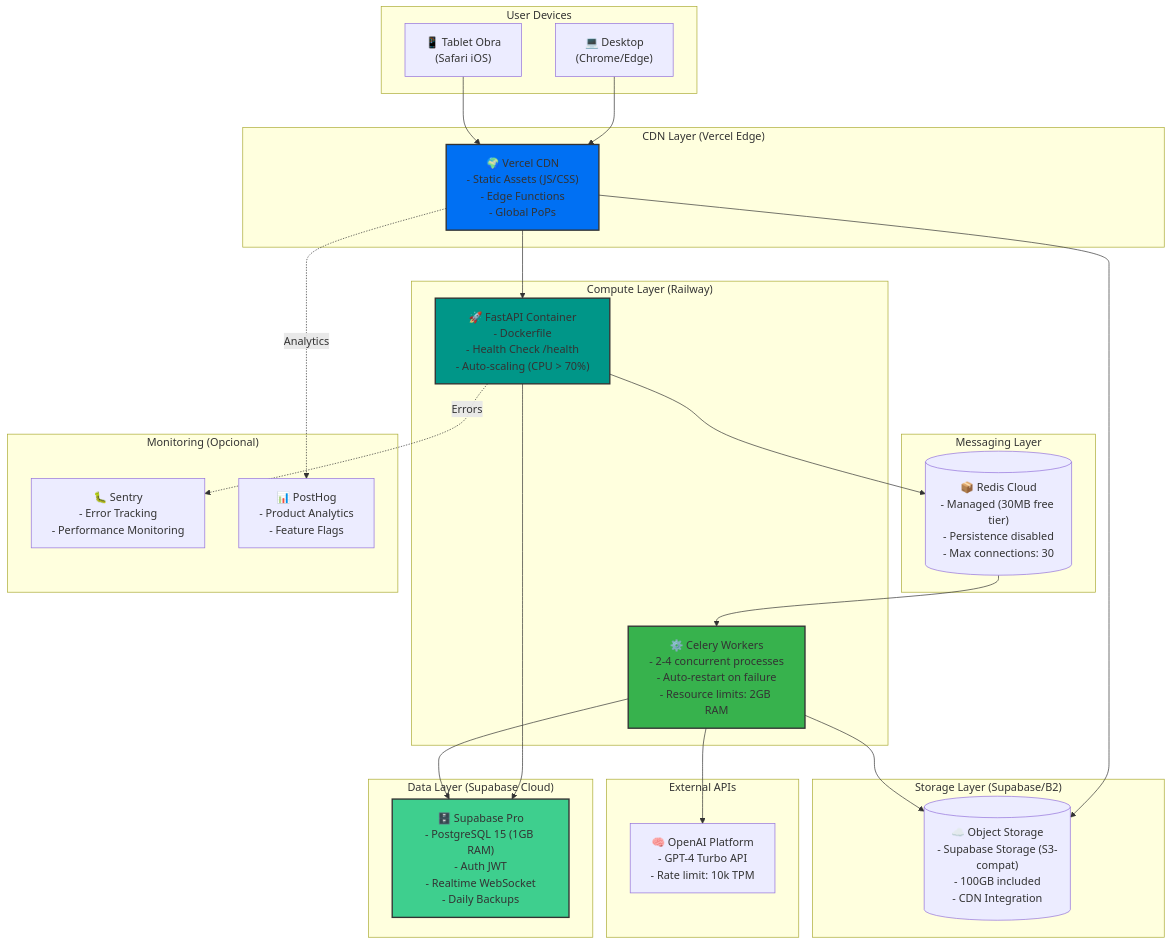
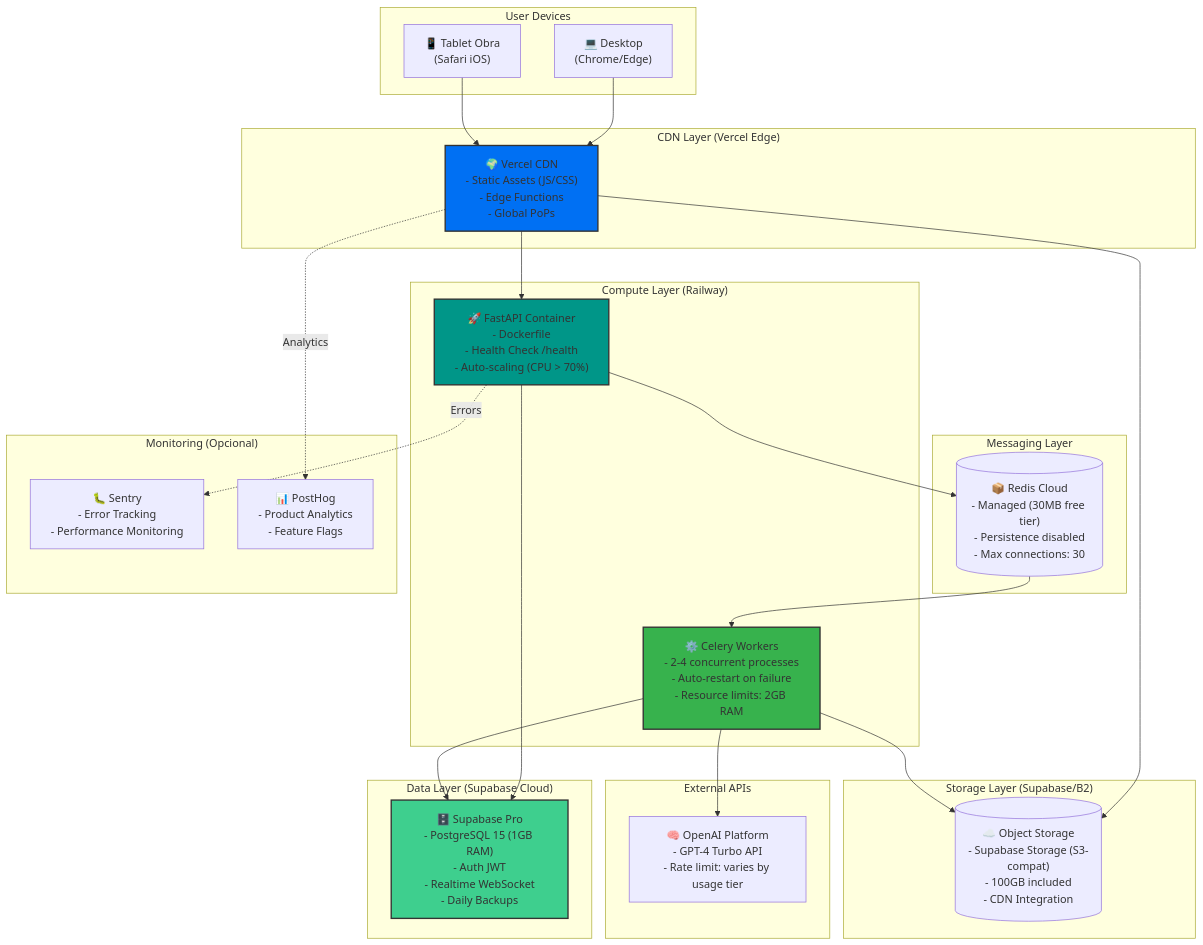
One commit to LIDR-academy/AI4Devs-finalproject changed the third of 3 diagrams in docs/06-architecture.md. Above: the diagram before and after it, drawn with Mermaid. The commit also changed 11 other files, not shown here.

Commit message:
docs: Update file upload flow to use presigned URLs, enhance agent design with testing setup, and refine various documentation and process files.

````diff
--- a/docs/06-architecture.md
+++ b/docs/06-architecture.md
@@ -489,60 +489,60 @@
 ```mermaid
 graph TB
     subgraph "User Devices"
         Desktop["💻 Desktop<br/>(Chrome/Edge)"]
         Tablet["📱 Tablet Obra<br/>(Safari iOS)"]
     end
     
     subgraph "CDN Layer (Vercel Edge)"
         CDN["🌍 Vercel CDN<br/>- Static Assets (JS/CSS)<br/>- Edge Functions<br/>- Global PoPs"]
     end
     
     subgraph "Compute Layer (Railway)"
         APIServer["🚀 FastAPI Container<br/>- Dockerfile<br/>- Health Check /health<br/>- Auto-scaling (CPU > 70%)"]
         
         WorkerPool["⚙️ Celery Workers<br/>- 2-4 concurrent processes<br/>- Auto-restart on failure<br/>- Resource limits: 2GB RAM"]
     end
     
     subgraph "Messaging Layer"
         RedisCloud[("📦 Redis Cloud<br/>- Managed (30MB free tier)<br/>- Persistence disabled<br/>- Max connections: 30")]
     end
     
     subgraph "Data Layer (Supabase Cloud)"
         SupabaseStack["🗄️ Supabase Pro<br/>- PostgreSQL 15 (1GB RAM)<br/>- Auth JWT<br/>- Realtime WebSocket<br/>- Daily Backups"]
     end
     
     subgraph "Storage Layer (Supabase/B2)"
         ObjectStorage[("☁️ Object Storage<br/>- Supabase Storage (S3-compat)<br/>- 100GB included<br/>- CDN Integration")]
     end
     
     subgraph "External APIs"
-        OpenAIService["🧠 OpenAI Platform<br/>- GPT-4 Turbo API<br/>- Rate limit: 10k TPM"]
+        OpenAIService["🧠 OpenAI Platform<br/>- GPT-4 Turbo API<br/>- Rate limit: varies by usage tier"]
     end
     
     subgraph "Monitoring (Opcional)"
         Sentry["🐛 Sentry<br/>- Error Tracking<br/>- Performance Monitoring"]
         Posthog["📊 PostHog<br/>- Product Analytics<br/>- Feature Flags"]
     end
     
     Desktop --> CDN
     Tablet --> CDN
     
     CDN --> APIServer
     CDN --> ObjectStorage
     
     APIServer --> RedisCloud
     APIServer --> SupabaseStack
     
     RedisCloud --> WorkerPool
     WorkerPool --> SupabaseStack
     WorkerPool --> ObjectStorage
     WorkerPool --> OpenAIService
     
     APIServer -.->|Errors| Sentry
     CDN -.->|Analytics| Posthog
     
     style CDN fill:#0070f3,stroke:#333,stroke-width:2px
     style APIServer fill:#009688,stroke:#333,stroke-width:2px
     style WorkerPool fill:#37b24d,stroke:#333,stroke-width:2px
     style SupabaseStack fill:#3ecf8e,stroke:#333,stroke-width:2px
 ```
````
